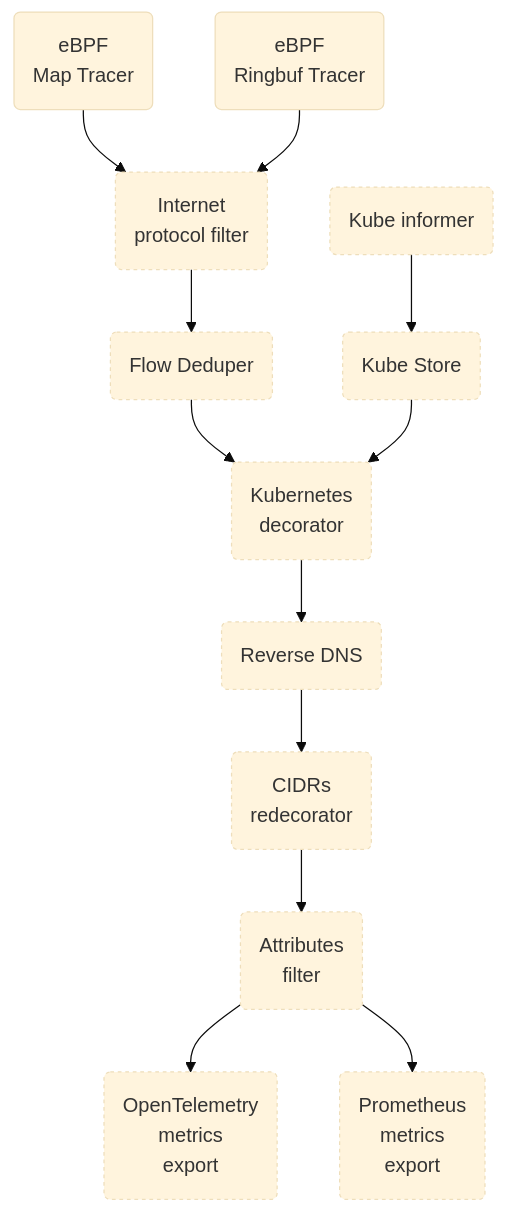
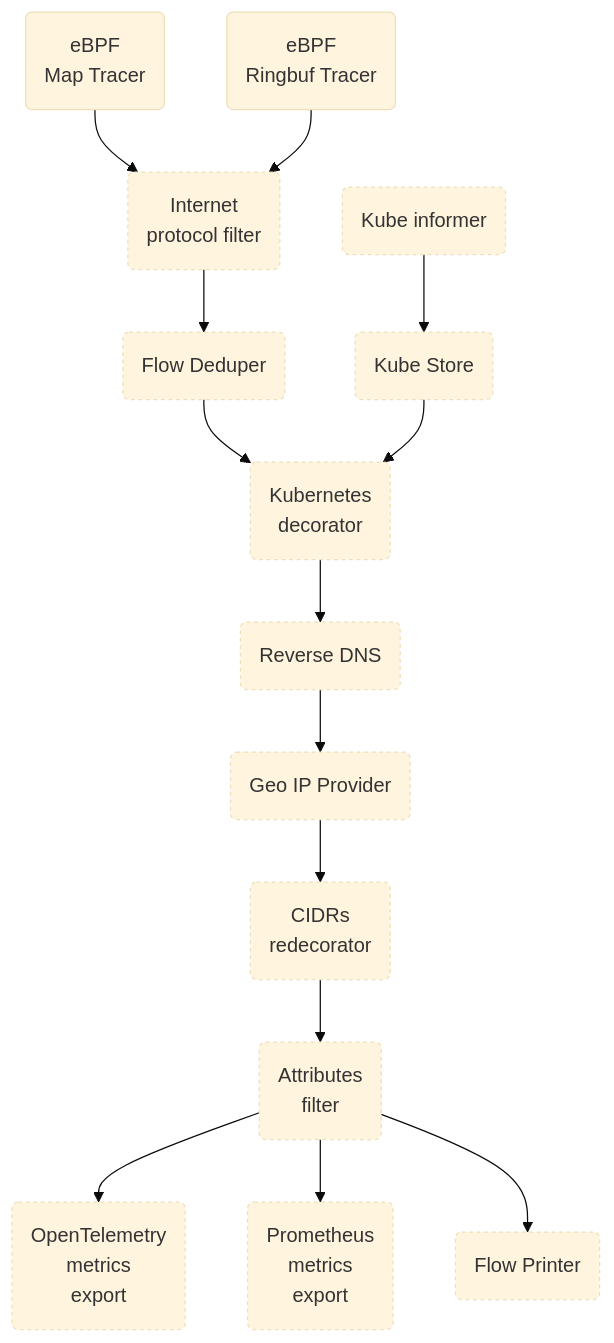
Before and after one commit to Bisman-Singh/opentelemetry-ebpf-instrumentation: the second of 3 diagrams in devdocs/pipeline-map.md, drawn with Mermaid (base theme). The commit also changed other lines of this file and 44 other files, not shown here.

````diff
--- a/devdocs/pipeline-map.md
+++ b/devdocs/pipeline-map.md
@@ -69,15 +70,17 @@
 ```mermaid
 flowchart TD
     classDef optional stroke-dasharray: 3 3;
     MT(eBPF<br/>Map Tracer) --> PF
     RT(eBPF<br/>Ringbuf Tracer) --> PF
     PF(Internet<br/>protocol filter):::optional --> DD
     DD(Flow Deduper):::optional --> K8S
     KIN(Kube informer):::optional --> KSTORE
     KSTORE(Kube Store):::optional --> K8S
     K8S(Kubernetes<br/>decorator):::optional --> RDNS
-    RDNS(Reverse DNS):::optional --> CIDRS
+    RDNS(Reverse DNS):::optional --> GeoIP
+    GeoIP(Geo IP Provider):::optional --> CIDRS
     CIDRS(CIDRs<br/>redecorator):::optional --> FLTR
     FLTR(Attributes<br/>filter):::optional --> OTEL(OpenTelemetry<br/>metrics<br/>export):::optional
     FLTR --> PROM(Prometheus<br/>metrics<br/>export):::optional
+    FLTR --> FlowPrinter(Flow Printer):::optional
 ```
````
